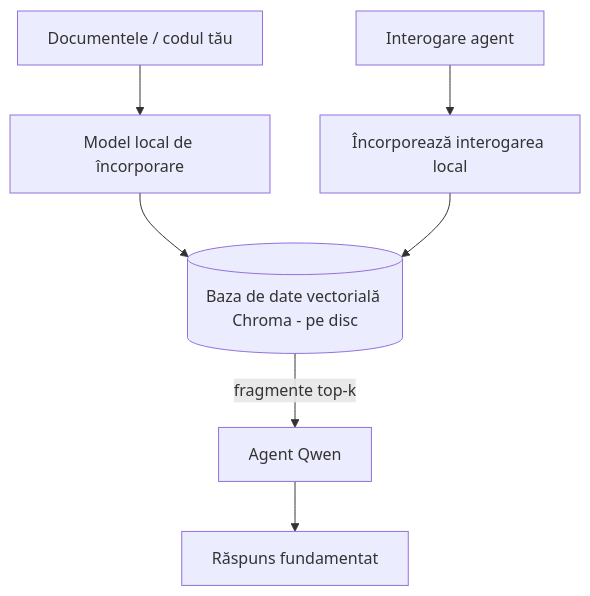
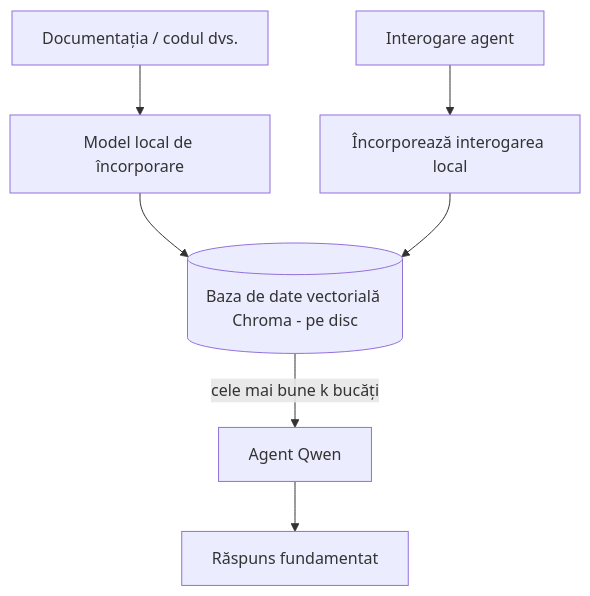
The third of 4 diagrams in translations/ro/17-creating-local-ai-agents/README.md (microsoft/ai-agents-for-beginners), drawn with Mermaid before and after one commit. The commit also changed other lines of this file and 46 other files, not shown here.

````diff
--- a/translations/ro/17-creating-local-ai-agents/README.md
+++ b/translations/ro/17-creating-local-ai-agents/README.md
@@ -125,9 +125,9 @@
 ```mermaid
 flowchart TB
-    D[Documentele / codul tău] --> E[Model local de încorporare]
+    D[Documentația / codul dvs.] --> E[Model local de încorporare]
     E --> V[(Baza de date vectorială Chroma - pe disc)]
     Q[Interogare agent] --> QE[Încorporează interogarea local]
     QE --> V
-    V -->|fragmente top-k| A[Agent Qwen]
+    V -->|cele mai bune k bucăți| A[Agent Qwen]
     A --> Ans[Răspuns fundamentat]
 ```
````
